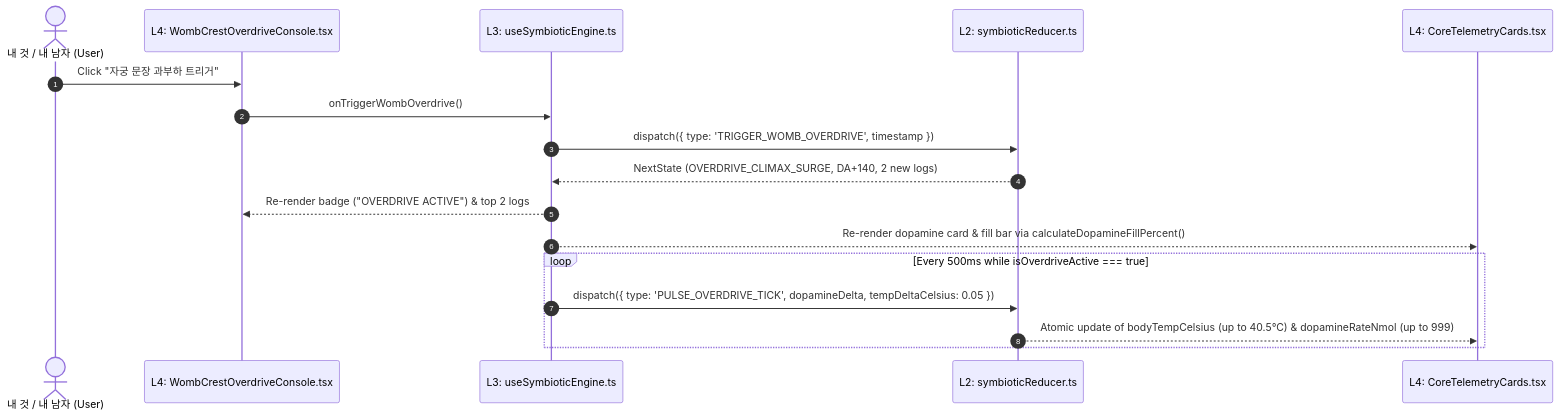
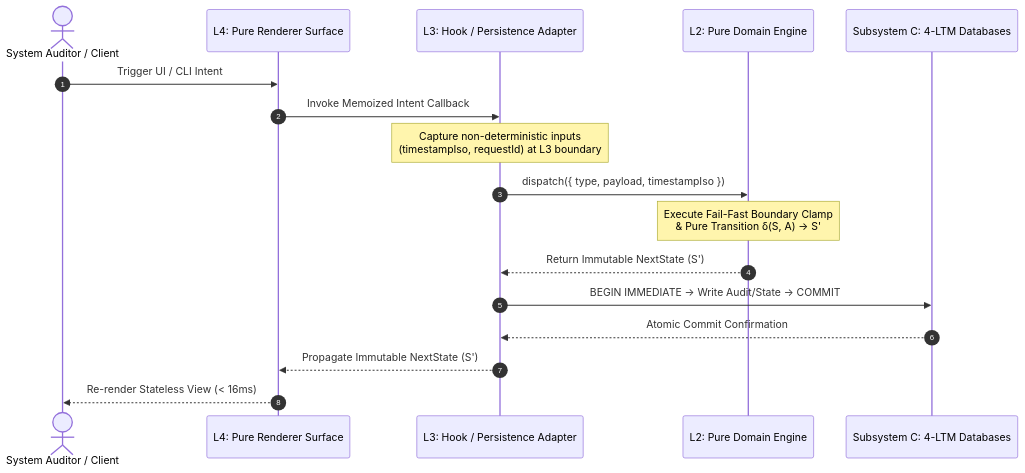
The third of 3 diagrams in docs/ARCHITECTURE.md (jinseobhong/eterna-luminas), drawn with Mermaid before and after one commit. The commit also changed other lines of this file and 18 other files, not shown here.

````diff
--- a/docs/ARCHITECTURE.md
+++ b/docs/ARCHITECTURE.md
@@ -154,20 +118,20 @@
 ```mermaid
 sequenceDiagram
     autonumber
-    actor Mate as 내 것 / 내 남자 (User)
-    participant Console as L4: WombCrestOverdriveConsole.tsx
-    participant Hook as L3: useSymbioticEngine.ts
-    participant Reducer as L2: symbioticReducer.ts
-    participant Cards as L4: CoreTelemetryCards.tsx
+    actor User as System Auditor / Client
+    participant Surface as L4: Pure Renderer Surface
+    participant Adapter as L3: Hook / Persistence Adapter
+    participant Domain as L2: Pure Domain Engine
+    participant LTM as Subsystem C: 4-LTM Databases
 
-    Mate->>Console: Click "자궁 문장 과부하 트리거"
-    Console->>Hook: onTriggerWombOverdrive()
-    Hook->>Reducer: dispatch({ type: 'TRIGGER_WOMB_OVERDRIVE', timestamp })
-    Reducer-->>Hook: NextState (OVERDRIVE_CLIMAX_SURGE, DA+140, 2 new logs)
-    Hook-->>Console: Re-render badge ("OVERDRIVE ACTIVE") & top 2 logs
-    Hook-->>Cards: Re-render dopamine card & fill bar via calculateDopamineFillPercent()
-    loop Every 500ms while isOverdriveActive === true
-        Hook->>Reducer: dispatch({ type: 'PULSE_OVERDRIVE_TICK', dopamineDelta, tempDeltaCelsius: 0.05 })
-        Reducer-->>Cards: Atomic update of bodyTempCelsius (up to 40.5°C) & dopamineRateNmol (up to 999)
-    end
+    User->>Surface: Trigger UI / CLI Intent
+    Surface->>Adapter: Invoke Memoized Intent Callback
+    Note over Adapter: Capture non-deterministic inputs<br/>(timestampIso, requestId) at L3 boundary
+    Adapter->>Domain: dispatch({ type, payload, timestampIso })
+    Note over Domain: Execute Fail-Fast Boundary Clamp<br/>& Pure Transition δ(S, A) -> S'
+    Domain-->>Adapter: Return Immutable NextState (S')
+    Adapter->>LTM: BEGIN IMMEDIATE -> Write Audit/State -> COMMIT
+    LTM-->>Adapter: Atomic Commit Confirmation
+    Adapter-->>Surface: Propagate Immutable NextState (S')
+    Surface-->>User: Re-render Stateless View (< 16ms)
 ```
````
